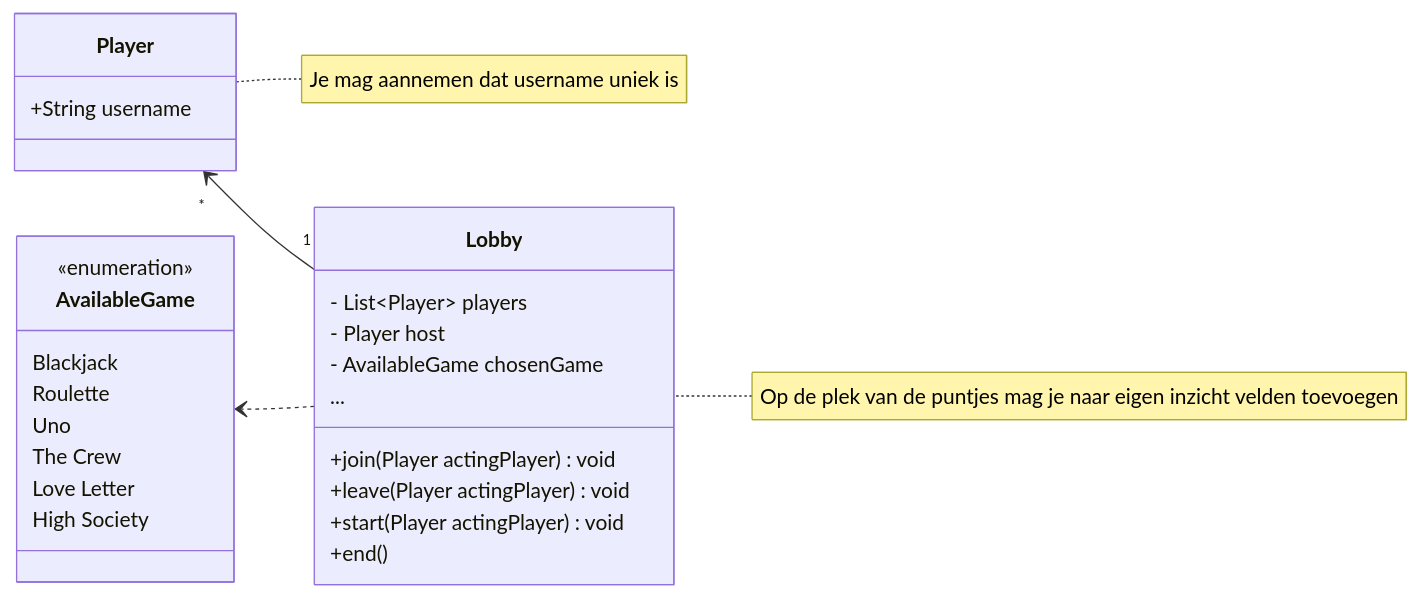
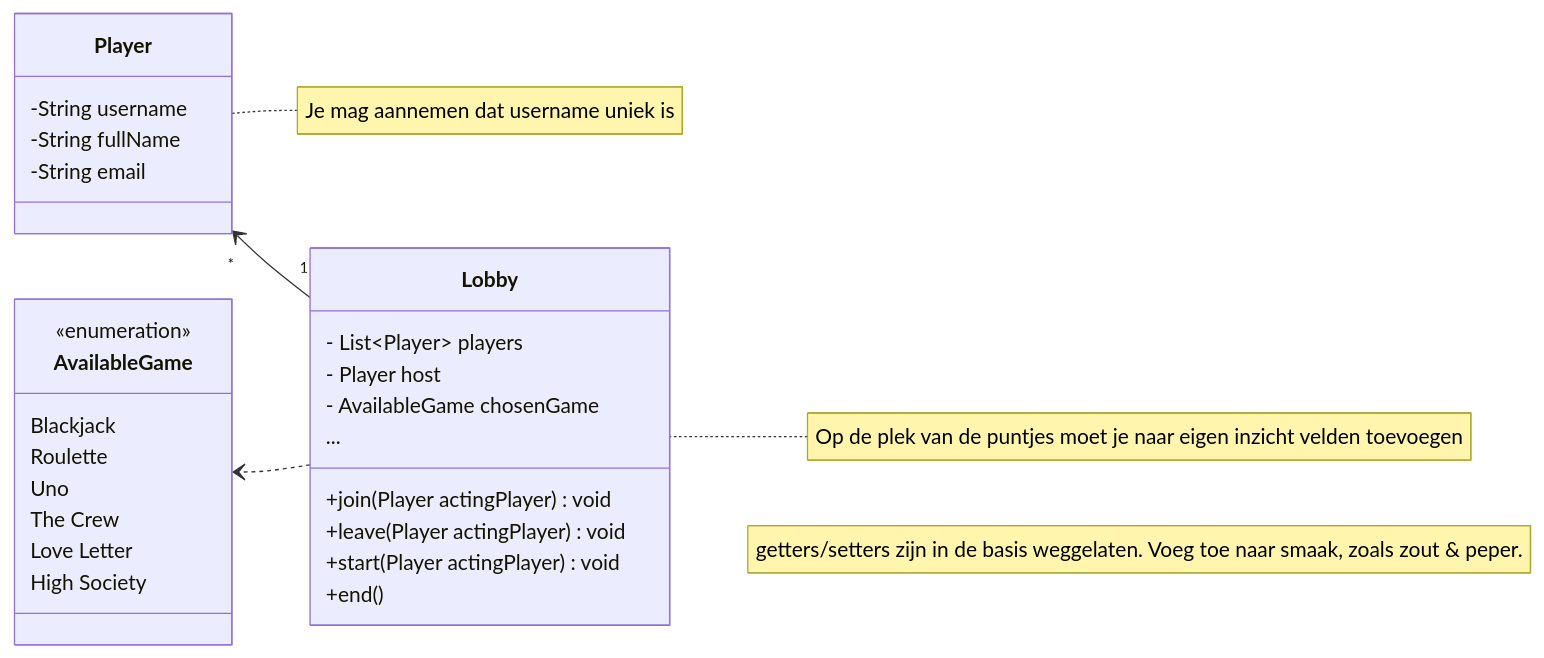
The diagram in backend/oefenopdracht/oop.md (HU-SD-S3/s3-kennisbank), drawn with Mermaid before and after one commit. The commit also changed other lines of this file and 1 other file, not shown here.

Commit message:
Kleine tweaks aan de oefeningen

````diff
--- a/backend/oefenopdracht/oop.md
+++ b/backend/oefenopdracht/oop.md
@@ -9,41 +9,42 @@
 ```mermaid
 classDiagram
     direction RL
 
     class AvailableGame {
         <<enumeration>>
         
         Blackjack
         Roulette
         Uno
         The Crew
         Love Letter
         High Society
     }
 
     class Lobby {
         - List~Player~ players
         - Player host
         - AvailableGame chosenGame
         ...
         
         +join(Player actingPlayer) void
         +leave(Player actingPlayer) void
         +start(Player actingPlayer) void
         +end()
     }
-    note for Lobby "Op de plek van de puntjes mag je naar eigen inzicht velden toevoegen"
+    note for Lobby "Op de plek van de puntjes moet je naar eigen inzicht velden toevoegen"
     
     class Player {
-        
-        
-        +String username 
-        
+        -String username 
+        -String fullName
+        -String email        
     }
     note for Player "Je mag aannemen dat username uniek is"
+
+    note "getters/setters zijn in de basis weggelaten. Voeg toe naar smaak, zoals zout & peper."
 
     Lobby "1" --> "*" Player
     Lobby ..> AvailableGame
 
 
 ```
````
